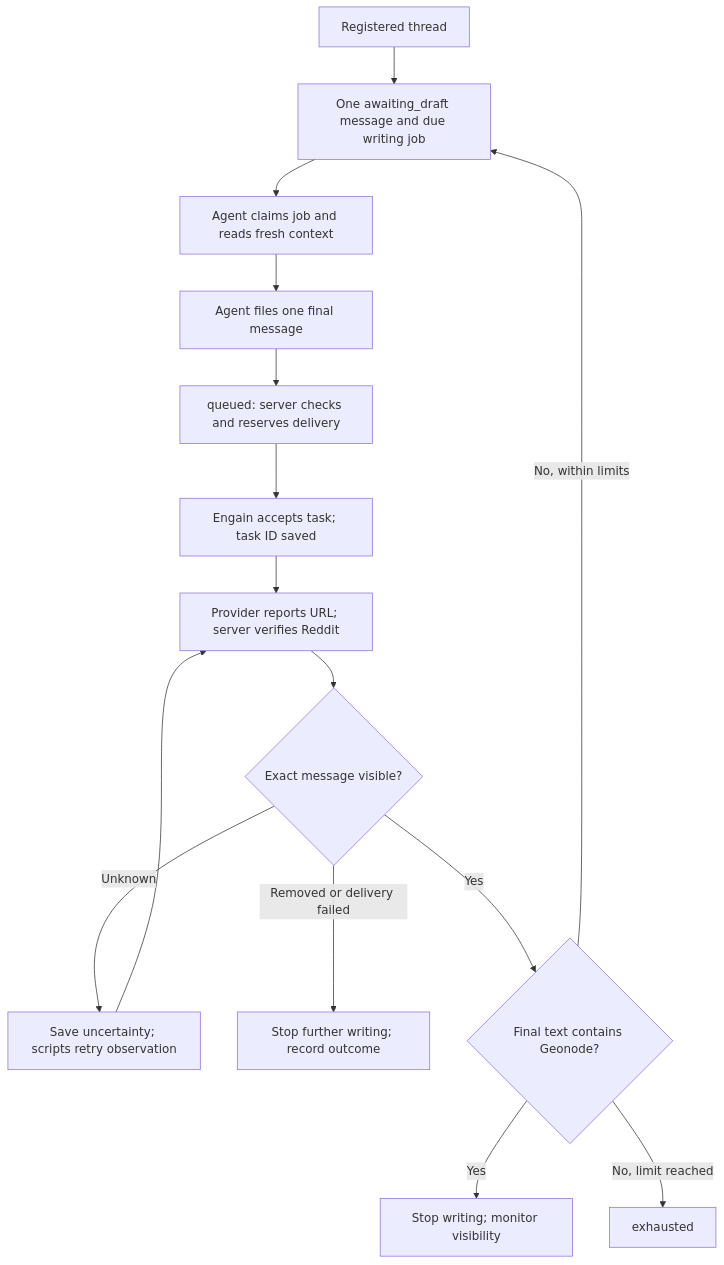
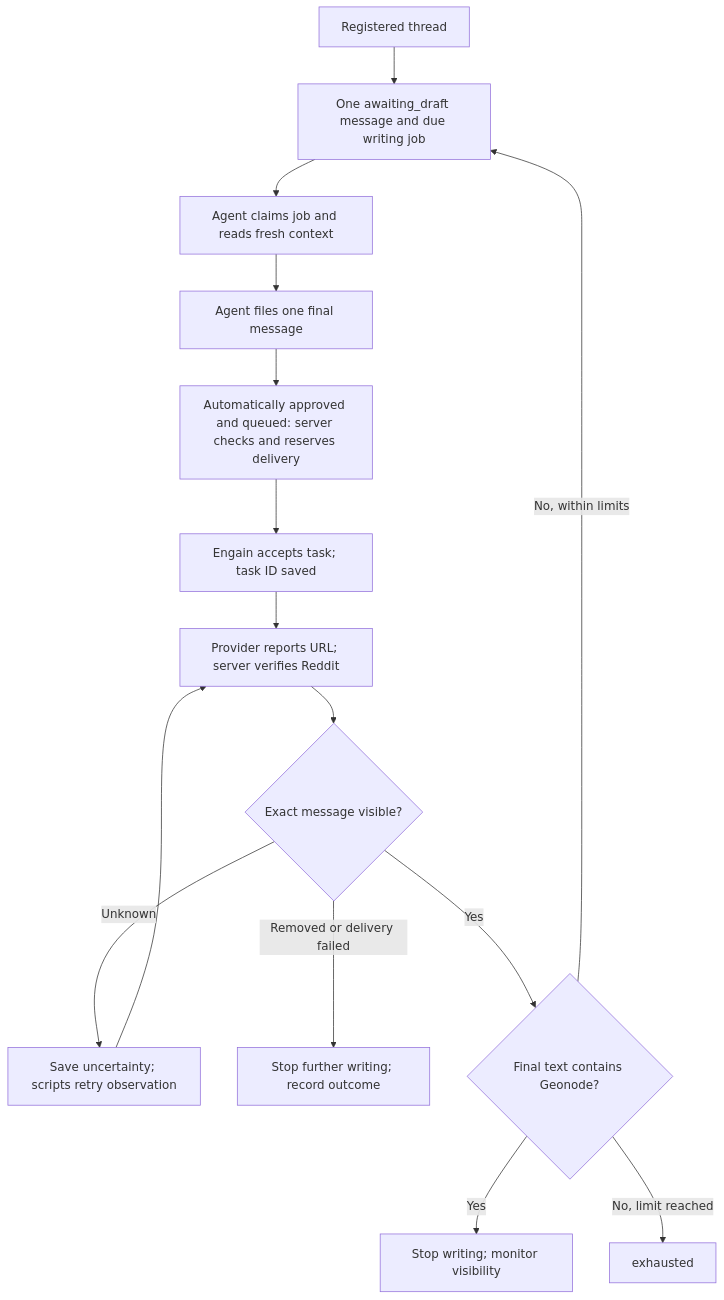
Before and after one commit to MattByy/reddit-review-private: the diagram in docs/message-system.md, drawn with Mermaid. The commit also changed other lines of this file and 29 other files, not shown here.

````diff
--- a/docs/message-system.md
+++ b/docs/message-system.md
@@ -70,17 +81,17 @@
 ```mermaid
 flowchart TD
     A[Registered thread] --> B[One awaiting_draft message and due writing job]
     B --> C[Agent claims job and reads fresh context]
     C --> D[Agent files one final message]
-    D --> E[queued: server checks and reserves delivery]
+    D --> E[Automatically approved and queued: server checks and reserves delivery]
     E --> F[Engain accepts task; task ID saved]
     F --> G[Provider reports URL; server verifies Reddit]
     G --> H{Exact message visible?}
     H -->|Unknown| I[Save uncertainty; scripts retry observation]
     I --> G
     H -->|Removed or delivery failed| J[Stop further writing; record outcome]
     H -->|Yes| K{Final text contains Geonode?}
     K -->|Yes| L[Stop writing; monitor visibility]
     K -->|No, within limits| B
     K -->|No, limit reached| M[exhausted]
 ```
````
